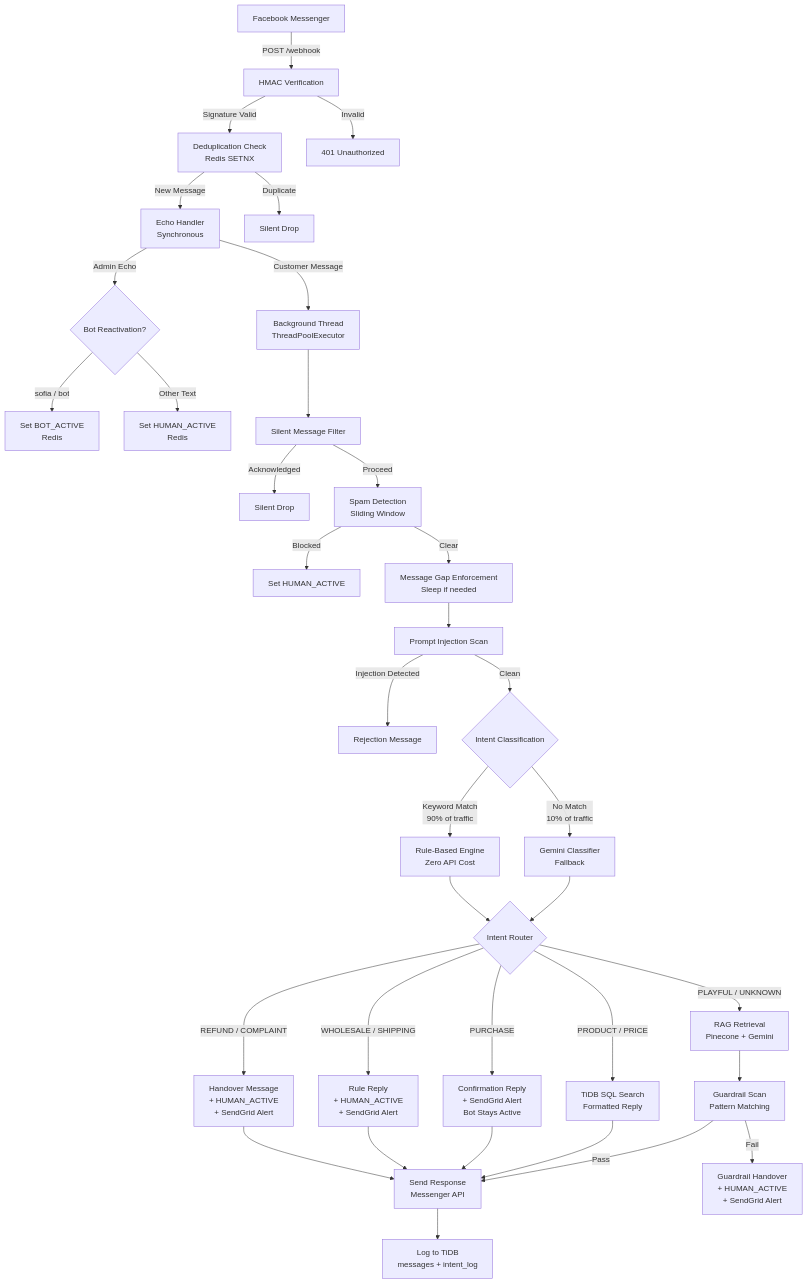
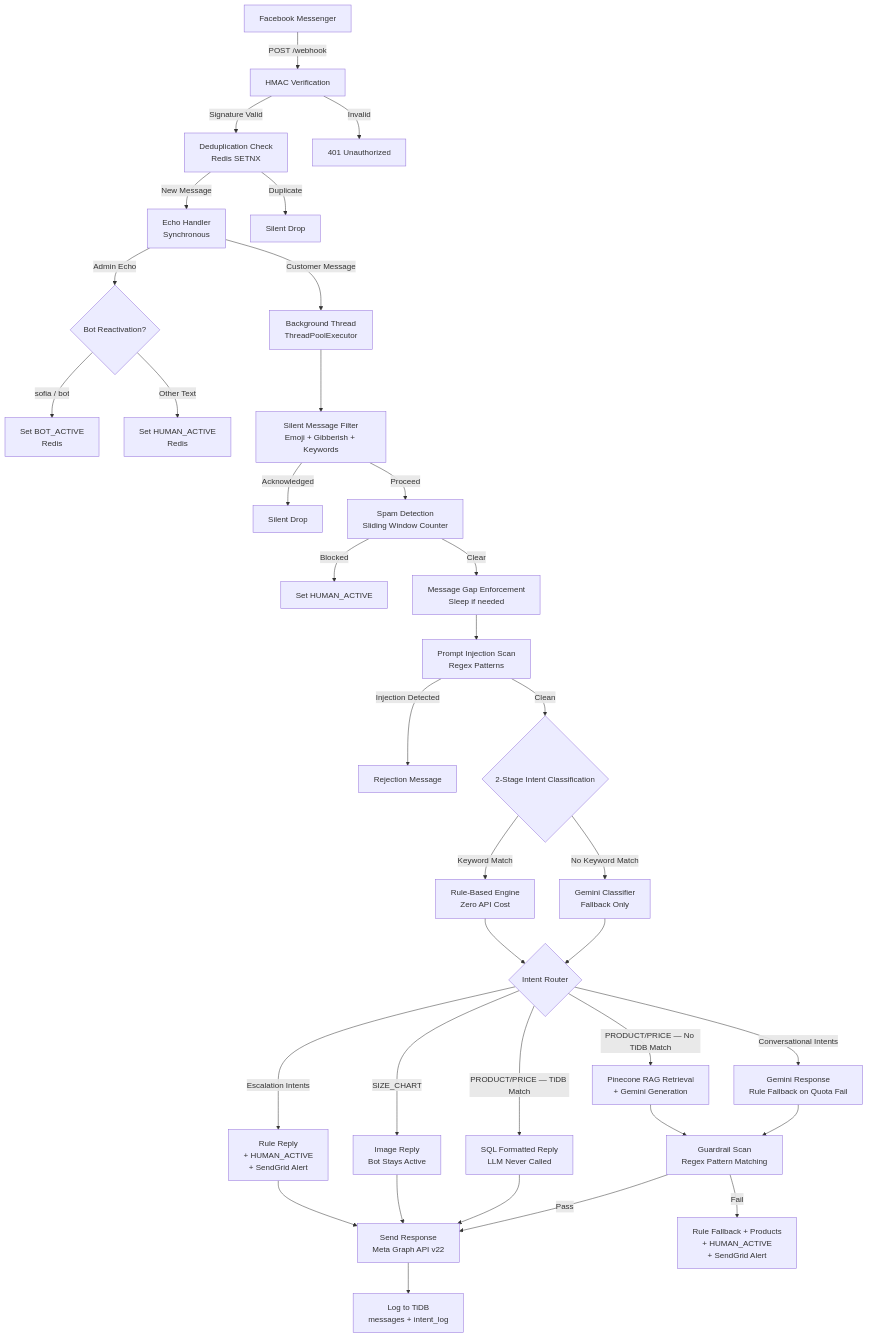
Before and after one commit to Lawrenze09/SOFIA-Messenger-Bot: the diagram in README.md, drawn with Mermaid. The commit also changed other lines of this file, not shown here.

````diff
--- a/README.md
+++ b/README.md
@@ -42,37 +101,37 @@
 ```mermaid
 flowchart TD
     A[Facebook Messenger] -->|POST /webhook| B[HMAC Verification]
     B -->|Signature Valid| C[Deduplication Check\nRedis SETNX]
     B -->|Invalid| X1[401 Unauthorized]
     C -->|New Message| D[Echo Handler\nSynchronous]
     C -->|Duplicate| X2[Silent Drop]
     D -->|Admin Echo| E{Bot Reactivation?}
     E -->|sofia / bot| F[Set BOT_ACTIVE\nRedis]
     E -->|Other Text| G[Set HUMAN_ACTIVE\nRedis]
     D -->|Customer Message| H[Background Thread\nThreadPoolExecutor]
-    H --> I[Silent Message Filter]
+    H --> I[Silent Message Filter\nEmoji + Gibberish + Keywords]
     I -->|Acknowledged| X3[Silent Drop]
-    I -->|Proceed| J[Spam Detection\nSliding Window]
+    I -->|Proceed| J[Spam Detection\nSliding Window Counter]
     J -->|Blocked| K[Set HUMAN_ACTIVE]
     J -->|Clear| L[Message Gap Enforcement\nSleep if needed]
-    L --> M[Prompt Injection Scan]
+    L --> M[Prompt Injection Scan\nRegex Patterns]
     M -->|Injection Detected| N[Rejection Message]
-    M -->|Clean| O{Intent Classification}
-    O -->|Keyword Match\n90% of traffic| P[Rule-Based Engine\nZero API Cost]
-    O -->|No Match\n10% of traffic| Q[Gemini Classifier\nFallback]
+    M -->|Clean| O{2-Stage Intent Classification}
+    O -->|Keyword Match| P[Rule-Based Engine\nZero API Cost]
+    O -->|No Keyword Match| Q[Gemini Classifier\nFallback Only]
     P --> R{Intent Router}
     Q --> R
-    R -->|REFUND / COMPLAINT| S[Handover Message\n+ HUMAN_ACTIVE\n+ SendGrid Alert]
-    R -->|WHOLESALE / SHIPPING| T[Rule Reply\n+ HUMAN_ACTIVE\n+ SendGrid Alert]
-    R -->|PURCHASE| U[Confirmation Reply\n+ SendGrid Alert\nBot Stays Active]
-    R -->|PRODUCT / PRICE| V[TiDB SQL Search\nFormatted Reply]
-    R -->|PLAYFUL / UNKNOWN| W[RAG Retrieval\nPinecone + Gemini]
-    W --> X[Guardrail Scan\nPattern Matching]
-    X -->|Pass| Y[Send Response\nMessenger API]
-    X -->|Fail| Z[Guardrail Handover\n+ HUMAN_ACTIVE\n+ SendGrid Alert]
-    V --> Y
+    R -->|Escalation Intents| S[Rule Reply\n+ HUMAN_ACTIVE\n+ SendGrid Alert]
+    R -->|SIZE_CHART| T[Image Reply\nBot Stays Active]
+    R -->|PRODUCT/PRICE — TiDB Match| U[SQL Formatted Reply\nLLM Never Called]
+    R -->|PRODUCT/PRICE — No TiDB Match| V[Pinecone RAG Retrieval\n+ Gemini Generation]
+    R -->|Conversational Intents| W[Gemini Response\nRule Fallback on Quota Fail]
+    V --> X[Guardrail Scan\nRegex Pattern Matching]
+    W --> X
+    X -->|Pass| Y[Send Response\nMeta Graph API v22]
+    X -->|Fail| Z[Rule Fallback + Products\n+ HUMAN_ACTIVE\n+ SendGrid Alert]
     S --> Y
     T --> Y
     U --> Y
     Y --> AA[Log to TiDB\nmessages + intent_log]
 ```
````
